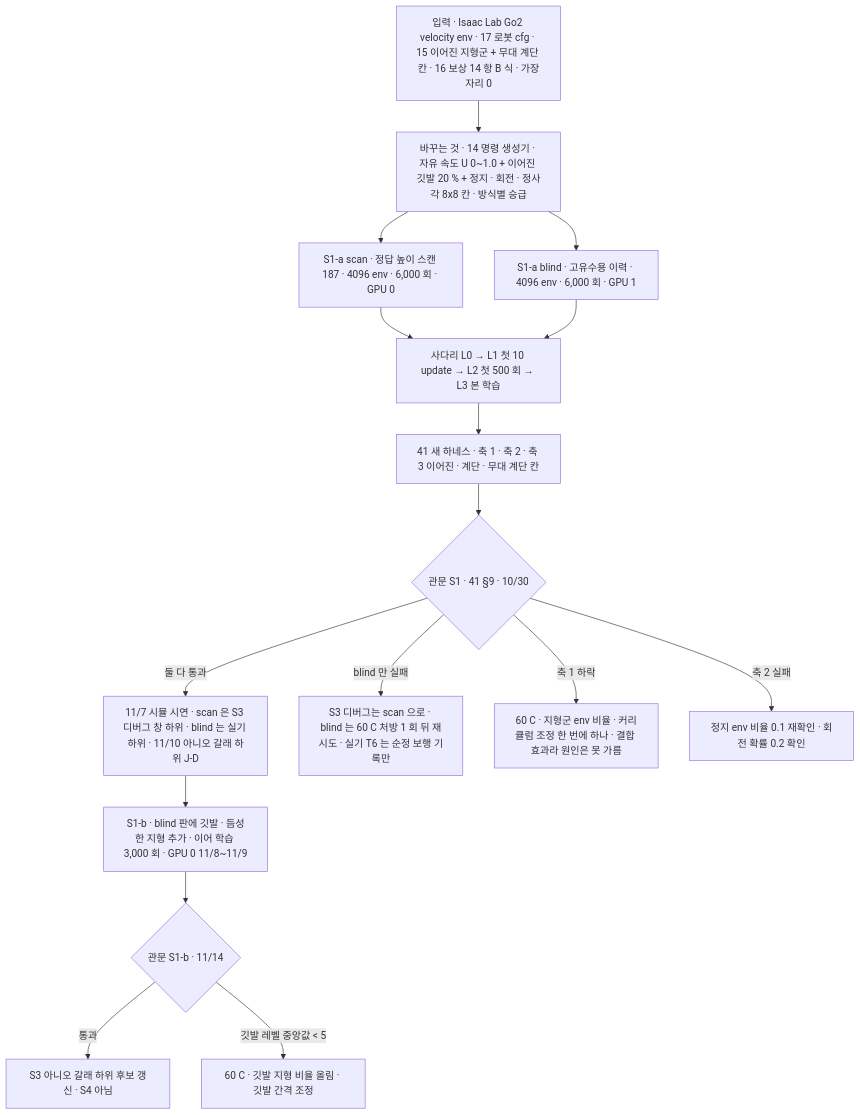
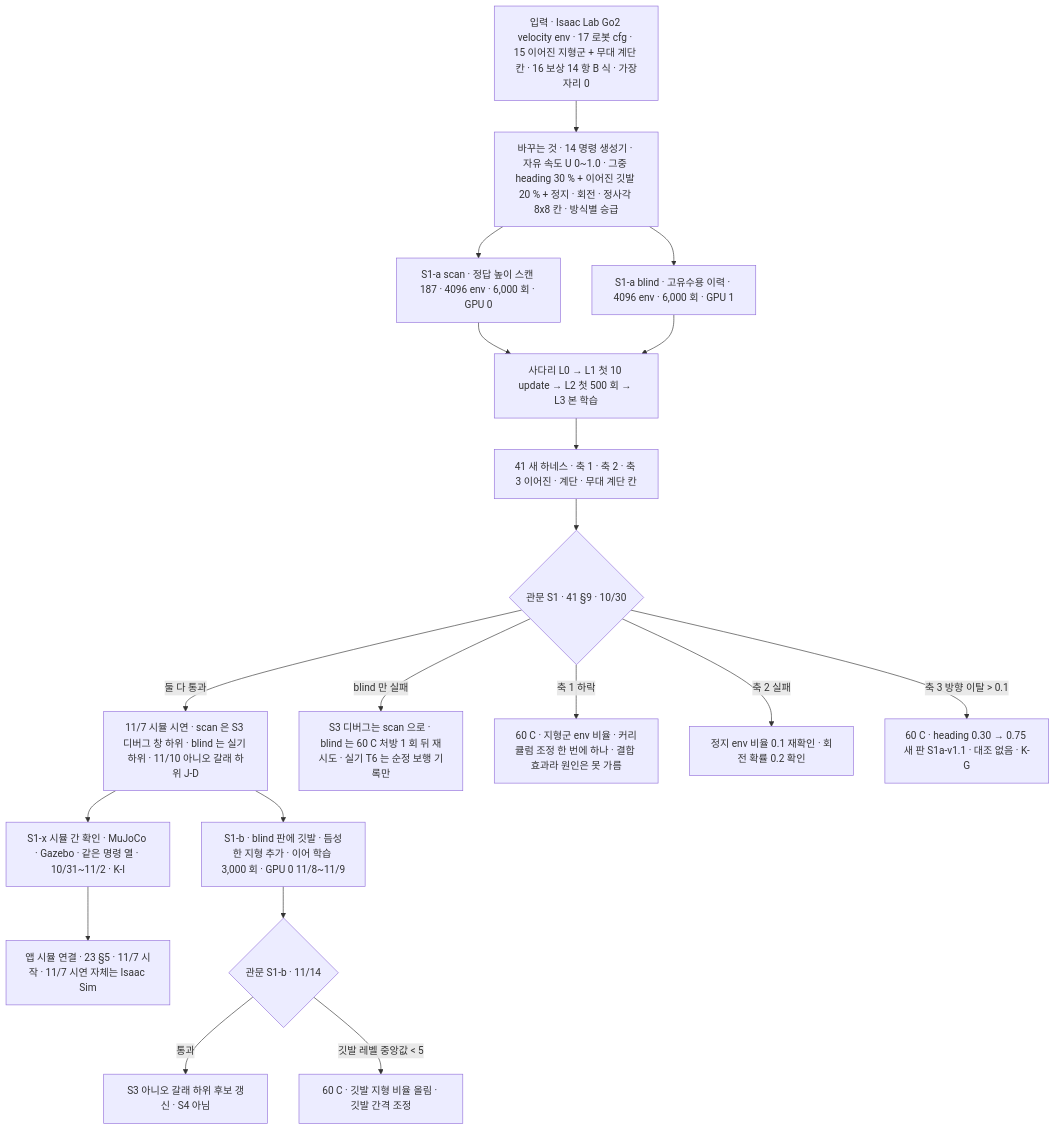
The diagram in inbox/jay/20261019-design/52-S1-OPEN-COMMAND.md (foothold-project/foothold-lab), drawn with Mermaid before and after one commit. The commit also changed other lines of this file and 12 other files, not shown here.

````diff
--- a/inbox/jay/20261019-design/52-S1-OPEN-COMMAND.md
+++ b/inbox/jay/20261019-design/52-S1-OPEN-COMMAND.md
@@ -15,18 +15,21 @@
 ```mermaid
 flowchart TB
-  IN[입력 · Isaac Lab Go2 velocity env · 17 로봇 cfg · 15 이어진 지형군 + 무대 계단 칸 · 16 보상 14 항 B 식 · 가장자리 0] --> CH[바꾸는 것 · 14 명령 생성기 · 자유 속도 U 0~1.0 + 이어진 깃발 20 % + 정지 · 회전 · 정사각 8x8 칸 · 방식별 승급]
+  IN[입력 · Isaac Lab Go2 velocity env · 17 로봇 cfg · 15 이어진 지형군 + 무대 계단 칸 · 16 보상 14 항 B 식 · 가장자리 0] --> CH[바꾸는 것 · 14 명령 생성기 · 자유 속도 U 0~1.0 · 그중 heading 30 % + 이어진 깃발 20 % + 정지 · 회전 · 정사각 8x8 칸 · 방식별 승급]
   CH --> V1[S1-a scan · 정답 높이 스캔 187 · 4096 env · 6,000 회 · GPU 0]
   CH --> V2[S1-a blind · 고유수용 이력 · 4096 env · 6,000 회 · GPU 1]
   V1 --> L[사다리 L0 → L1 첫 10 update → L2 첫 500 회 → L3 본 학습]
   V2 --> L
   L --> EV[41 새 하네스 · 축 1 · 축 2 · 축 3 이어진 · 계단 · 무대 계단 칸]
   EV --> G{관문 S1 · 41 §9 · 10/30}
   G -->|둘 다 통과| N1[11/7 시뮬 시연 · scan 은 S3 디버그 창 하위 · blind 는 실기 하위 · 11/10 아니오 갈래 하위 J-D]
   G -->|blind 만 실패| N2[S3 디버그는 scan 으로 · blind 는 60 C 처방 1 회 뒤 재시도 · 실기 T6 는 순정 보행 기록만]
   G -->|축 1 하락| C[60 C · 지형군 env 비율 · 커리큘럼 조정 한 번에 하나 · 결합 효과라 원인은 못 가름]
   G -->|축 2 실패| C2[정지 env 비율 0.1 재확인 · 회전 확률 0.2 확인]
+  G -->|축 3 방향 이탈 > 0.1| CH2[60 C · heading 0.30 → 0.75 새 판 S1a-v1.1 · 대조 없음 · K-G]
+  N1 --> X[S1-x 시뮬 간 확인 · MuJoCo · Gazebo · 같은 명령 열 · 10/31~11/2 · K-I]
+  X --> APPS[앱 시뮬 연결 · 23 §5 · 11/7 시작 · 11/7 시연 자체는 Isaac Sim]
   N1 --> B[S1-b · blind 판에 깃발 · 듬성한 지형 추가 · 이어 학습 3,000 회 · GPU 0 11/8~11/9]
   B --> GB{관문 S1-b · 11/14}
   GB -->|통과| S3L[S3 아니오 갈래 하위 후보 갱신 · S4 아님]
   GB -->|깃발 레벨 중앙값 < 5| CB[60 C · 깃발 지형 비율 올림 · 깃발 간격 조정]
 ```
````
